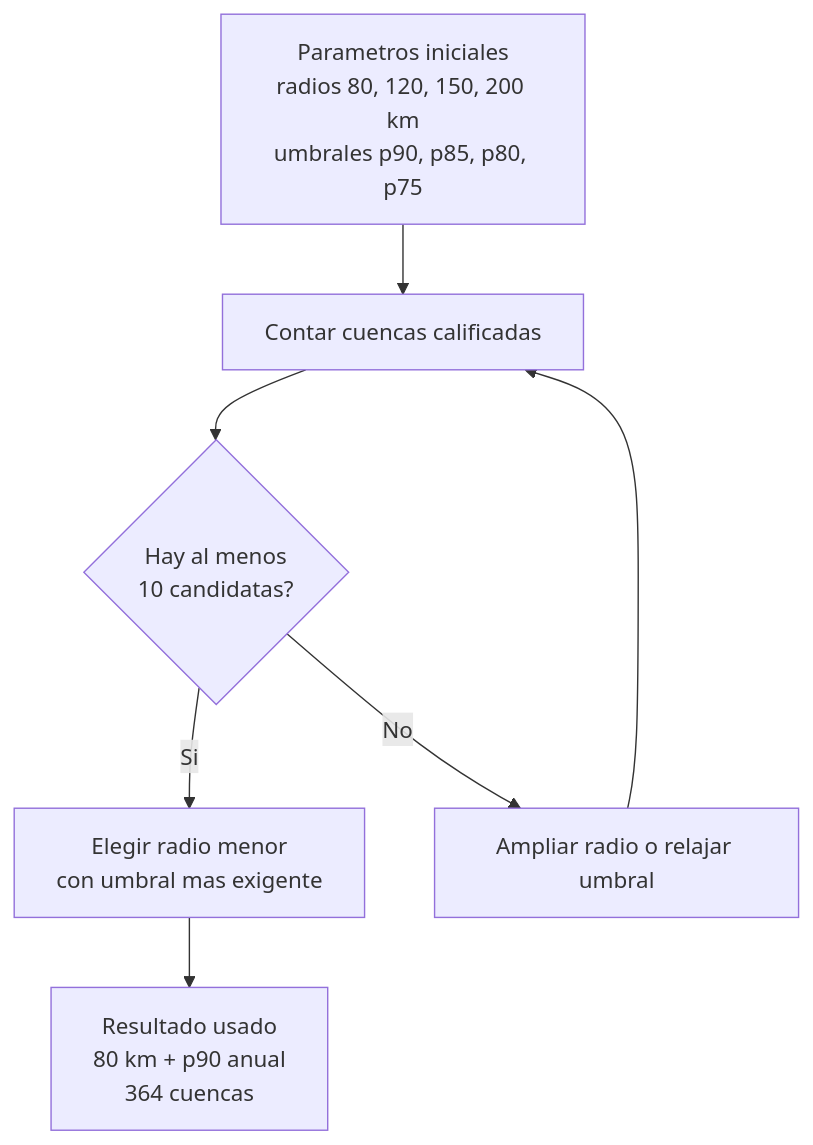
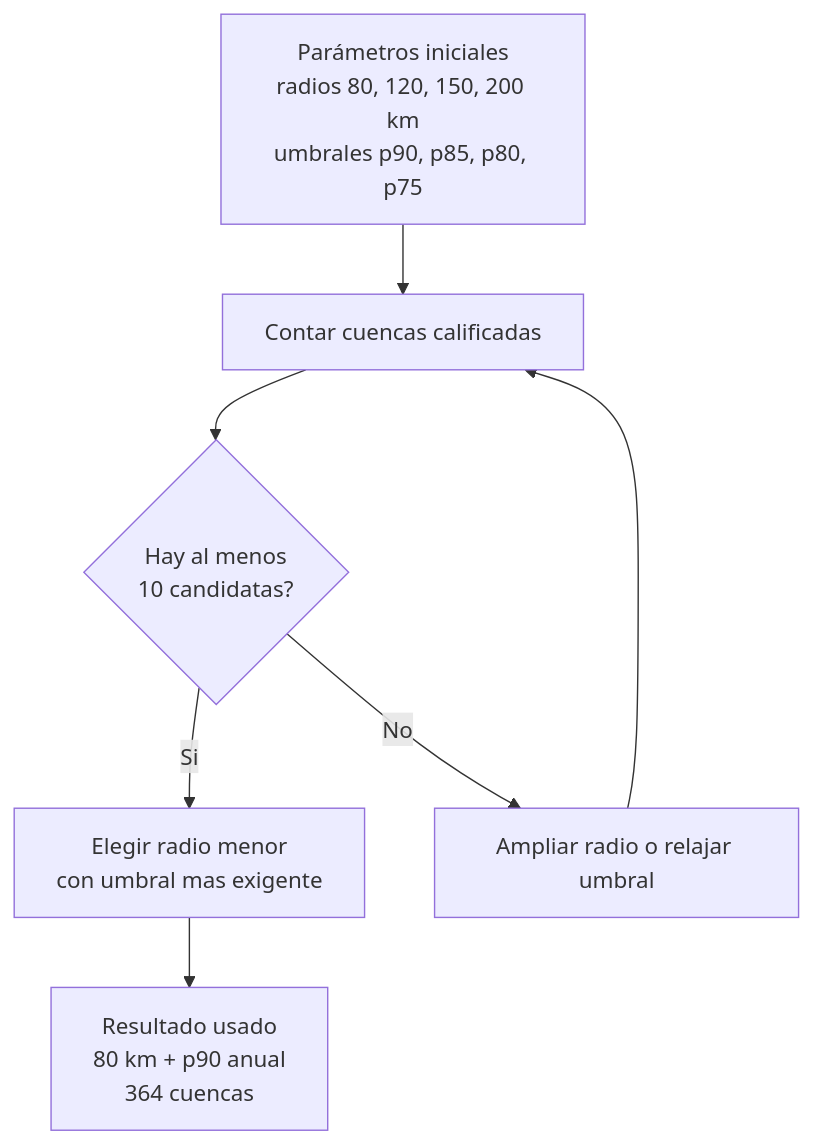
The third of 3 diagrams in jerk.qmd (CIT-UAI/Book-MRCT), drawn with Mermaid before and after one commit. The commit also changed other lines of this file and 9 other files, not shown here.

Commit message:
fix diagramas

````diff
--- a/jerk.qmd
+++ b/jerk.qmd
@@ -192,11 +192,11 @@
 ```{mermaid}
 %%| label: fig-ajuste-buffer-jerk
 %%| fig-cap: "Lógica de diagnóstico del buffer operativo y ajuste de parámetros."
 flowchart TB
-  start["Parametros iniciales<br/>radios 80, 120, 150, 200 km<br/>umbrales p90, p85, p80, p75"] --> count["Contar cuencas calificadas"]
+  start["Parámetros iniciales<br/>radios 80, 120, 150, 200 km<br/>umbrales p90, p85, p80, p75"] --> count["Contar cuencas calificadas"]
   count --> decision{"Hay al menos<br/>10 candidatas?"}
   decision -- "Si" --> choose["Elegir radio menor<br/>con umbral mas exigente"]
   decision -- "No" --> relax["Ampliar radio o relajar umbral"]
   relax --> count
   choose --> result["Resultado usado<br/>80 km + p90 anual<br/>364 cuencas"]
 ```
````
